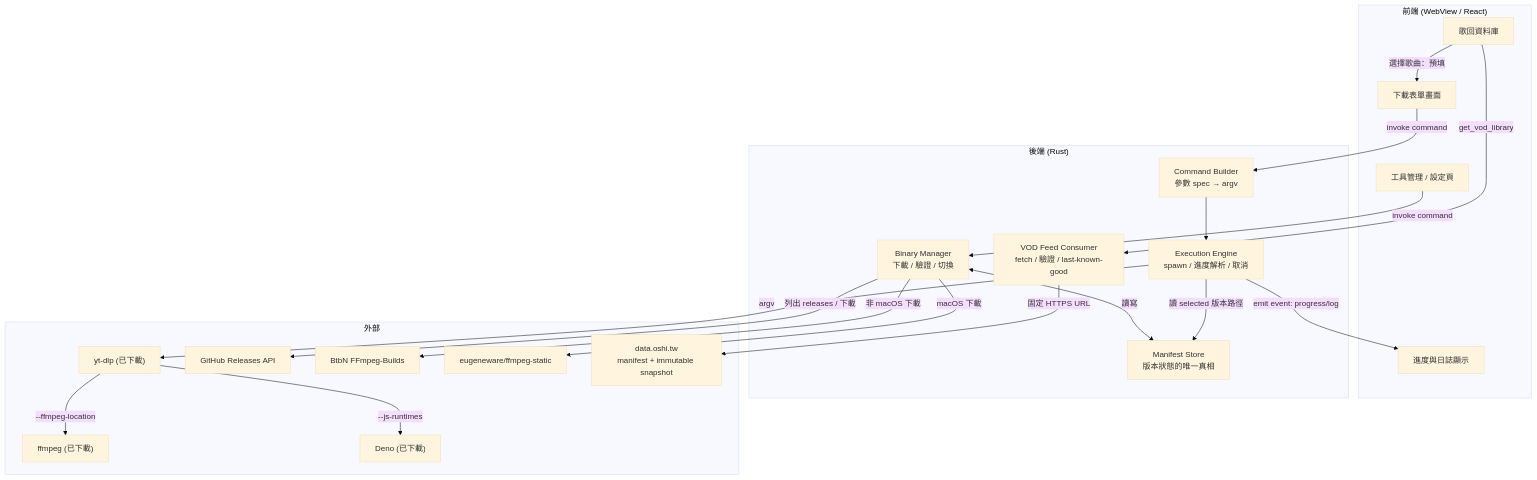
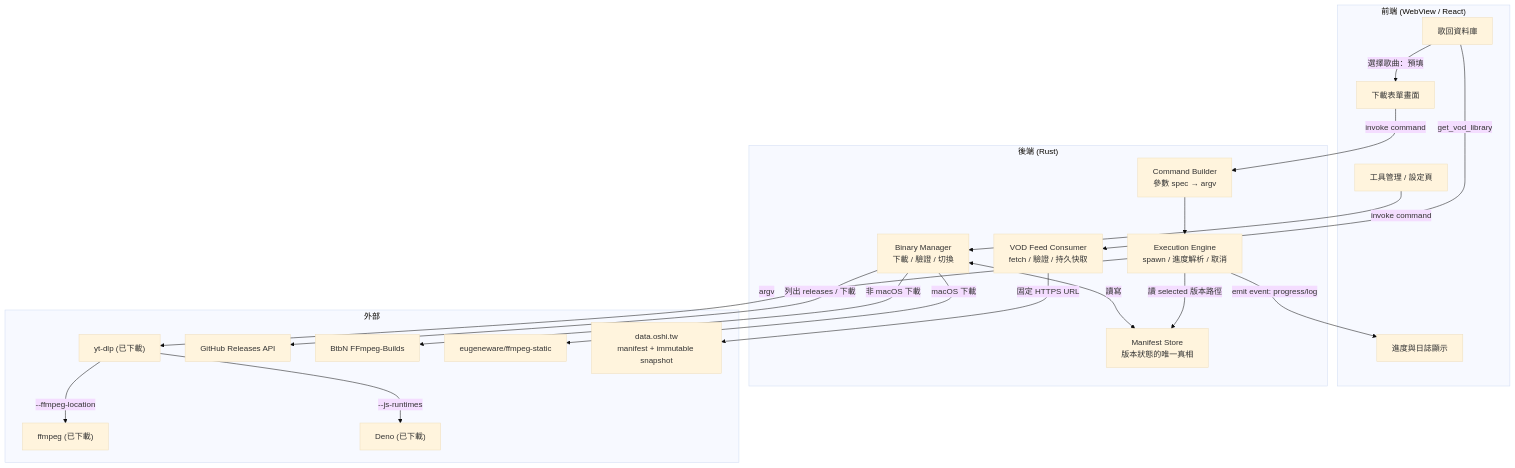
Before and after one commit to hydai/OshiClip: the first of 5 diagrams in oshiclip-desktop-design.md, drawn with Mermaid (base theme). The commit also changed other lines of this file and 10 other files, not shown here.

````diff
--- a/oshiclip-desktop-design.md
+++ b/oshiclip-desktop-design.md
@@ -114,43 +114,43 @@
 ```mermaid
 graph TD
     subgraph Frontend["前端 (WebView / React)"]
         UI_Main["下載表單畫面"]
         UI_Library["歌回資料庫"]
         UI_Settings["工具管理 / 設定頁"]
         UI_Progress["進度與日誌顯示"]
     end
 
     subgraph Backend["後端 (Rust)"]
         CmdBuilder["Command Builder<br/>參數 spec → argv"]
         BinMgr["Binary Manager<br/>下載 / 驗證 / 切換"]
         ExecEngine["Execution Engine<br/>spawn / 進度解析 / 取消"]
         Manifest["Manifest Store<br/>版本狀態的唯一真相"]
-        VodFeed["VOD Feed Consumer<br/>fetch / 驗證 / last-known-good"]
+        VodFeed["VOD Feed Consumer<br/>fetch / 驗證 / 持久快取"]
     end
 
     subgraph External["外部"]
         YTDLP["yt-dlp (已下載)"]
         FFMPEG["ffmpeg (已下載)"]
         DENO["Deno (已下載)"]
         GH["GitHub Releases API"]
         BTBN["BtbN FFmpeg-Builds"]
         FFMPEG_STATIC["eugeneware/ffmpeg-static"]
         OSHI_DATA["data.oshi.tw<br/>manifest + immutable snapshot"]
     end
 
     UI_Main -->|invoke command| CmdBuilder
     UI_Library -->|get_vod_library| VodFeed
     UI_Settings -->|invoke command| BinMgr
     CmdBuilder --> ExecEngine
     ExecEngine -->|argv| YTDLP
     YTDLP -->|--ffmpeg-location| FFMPEG
     YTDLP -->|--js-runtimes| DENO
     ExecEngine -->|emit event: progress/log| UI_Progress
     BinMgr <-->|讀寫| Manifest
     ExecEngine -->|讀 selected 版本路徑| Manifest
     BinMgr -->|列出 releases / 下載| GH
     BinMgr -->|非 macOS 下載| BTBN
     BinMgr -->|macOS 下載| FFMPEG_STATIC
     VodFeed -->|固定 HTTPS URL| OSHI_DATA
     UI_Library -->|選擇歌曲：預填| UI_Main
 ```
````
